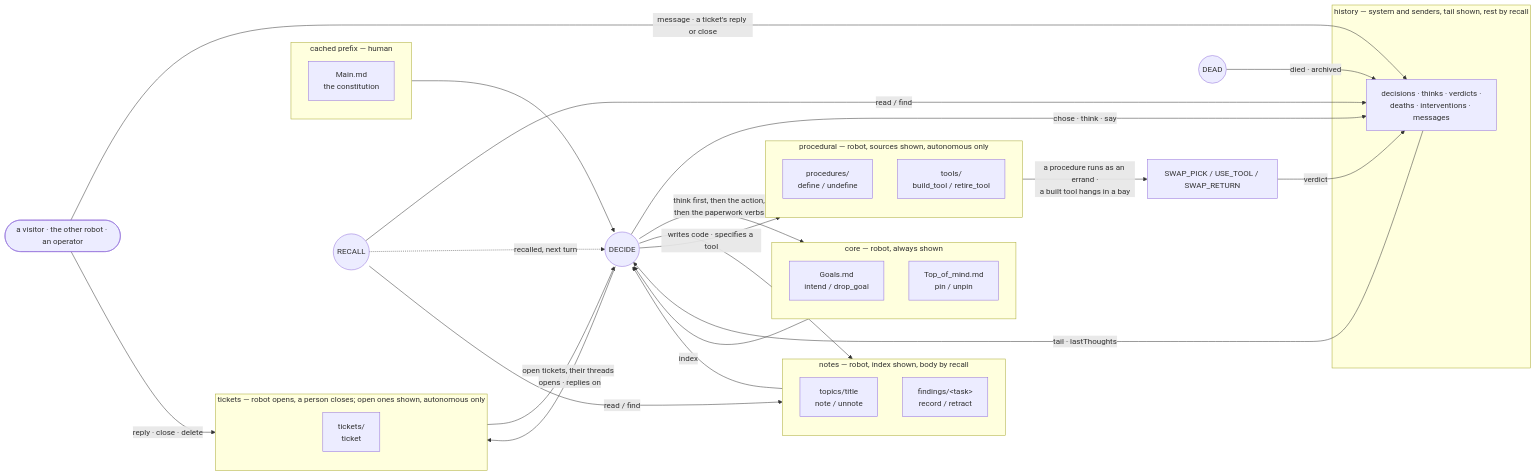
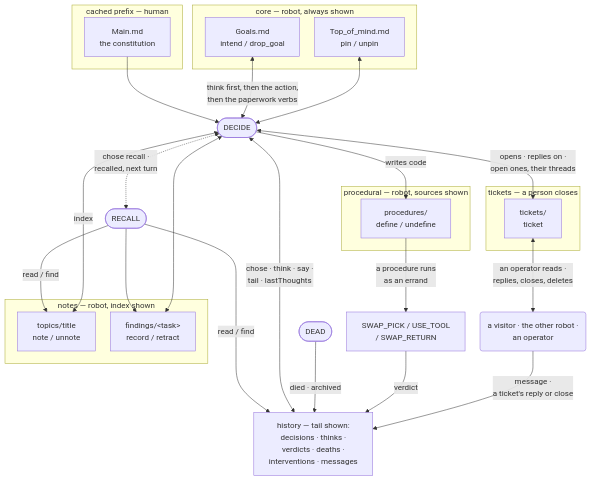
Before and after one commit to benholland1024/pluggybot: the second of 2 diagrams in README.md, drawn with Mermaid. The commit also changed other lines of this file and 92 other files, not shown here.

First line of the commit message:
The workshop goes: no built tools, no recompile seam, and what only they used (#489)

````diff
--- a/README.md
+++ b/README.md
@@ -88,43 +86,54 @@
 ```mermaid
-flowchart LR
+---
+config:
+  layout: dagre
+  flowchart:
+    wrappingWidth: 200
+    minNodeWidth: 0
+    diagramPadding: 16
+    nodeSpacing: 30
+    rankSpacing: 50
+---
+flowchart TB
     subgraph prefix [cached prefix — human]
         MAIN["Main.md<br/>the constitution"]
     end
     subgraph core [core — robot, always shown]
         GOALS["Goals.md<br/>intend / drop_goal"]
         TOP["Top_of_mind.md<br/>pin / unpin"]
     end
-    subgraph notes [notes — robot, index shown, body by recall]
+    DECIDE([DECIDE])
+    RECALL([RECALL])
+    subgraph notes [notes — robot, index shown]
         NOTES["topics/title<br/>note / unnote"]
         FIND["findings/&lt;task&gt;<br/>record / retract"]
     end
-    subgraph history [history — system and senders, tail shown, rest by recall]
-        HIST["decisions · thinks · verdicts ·<br/>deaths · interventions · messages"]
+    subgraph procedural [procedural — robot, sources shown]
+        PROCS["procedures/<br/>define / undefine"]
     end
-    subgraph procedural [procedural — robot, sources shown, autonomous only]
-        PROCS["procedures/<br/>define / undefine"]
-        TOOLS["tools/<br/>build_tool / retire_tool"]
-    end
-    subgraph desk [tickets — robot opens, a person closes; open ones shown, autonomous only]
+    subgraph desk [tickets — a person closes]
         TICKETS["tickets/<br/>ticket"]
     end
+    DEAD([DEAD])
+    USE["SWAP_PICK / USE_TOOL<br/>/ SWAP_RETURN"]
+    VISITOR(a visitor · the other robot ·<br/>an operator)
+    HIST["history — tail shown:<br/>decisions · thinks ·<br/>verdicts · deaths ·<br/>interventions · messages"]
 
-    DECIDE((DECIDE)) -->|think first, then the action,<br/>then the paperwork verbs| core
-    DECIDE --> notes
-    DECIDE -->|writes code · specifies a tool| procedural
-    DECIDE -->|chose · think · say| HIST
-    RECALL((RECALL)) -->|read / find| notes
+    MAIN --> DECIDE
+    GOALS <-->|think first, then the action,<br/>then the paperwork verbs| DECIDE
+    TOP <--> DECIDE
+    DECIDE <-.->|chose recall ·<br/>recalled, next turn| RECALL
+    RECALL -->|read / find| NOTES
+    RECALL --> FIND
+    DECIDE <-->|index| NOTES
+    DECIDE <--> FIND
+    DECIDE -->|writes code| PROCS
+    DECIDE <-->|opens · replies on ·<br/>open ones, their threads| TICKETS
     RECALL -->|read / find| HIST
-    RECALL -.->|recalled, next turn| DECIDE
-    USE["SWAP_PICK / USE_TOOL / SWAP_RETURN"] -->|verdict| HIST
-    procedural -->|a procedure runs as an errand ·<br/>a built tool hangs in a bay| USE
-    DECIDE -->|opens · replies on| desk
-    VISITOR([a visitor · the other robot · an operator]) -->|message · a ticket's reply or close| HIST
-    VISITOR -->|reply · close · delete| desk
-    desk -->|open tickets, their threads| DECIDE
-    DEAD((DEAD)) -->|died · archived| HIST
-    prefix --> DECIDE
-    core --> DECIDE
-    notes -->|index| DECIDE
-    HIST -->|tail · lastThoughts| DECIDE
+    DECIDE <-->|chose · think · say ·<br/>tail · lastThoughts| HIST
+    DEAD -->|died · archived| HIST
+    PROCS -->|a procedure runs<br/>as an errand| USE
+    USE -->|verdict| HIST
+    TICKETS <-->|an operator reads ·<br/>replies, closes, deletes| VISITOR
+    VISITOR -->|message ·<br/>a ticket's reply or close| HIST
 ```
````
